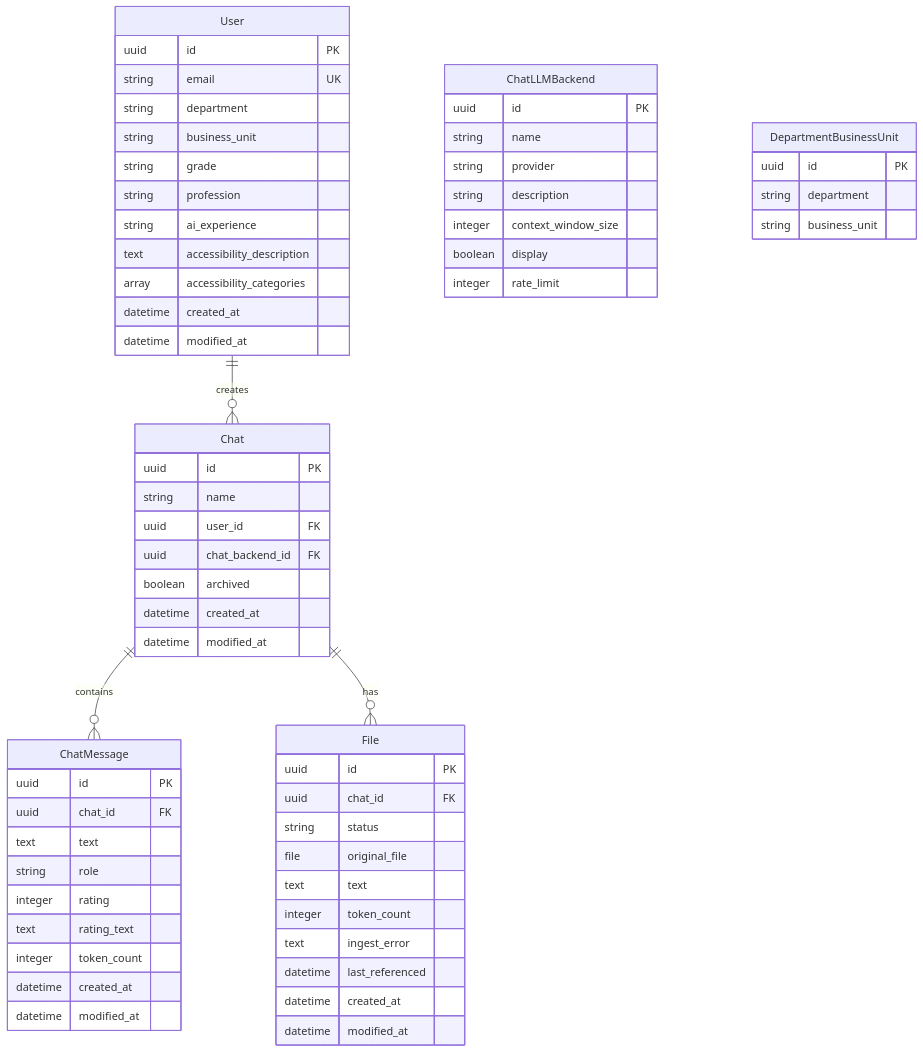
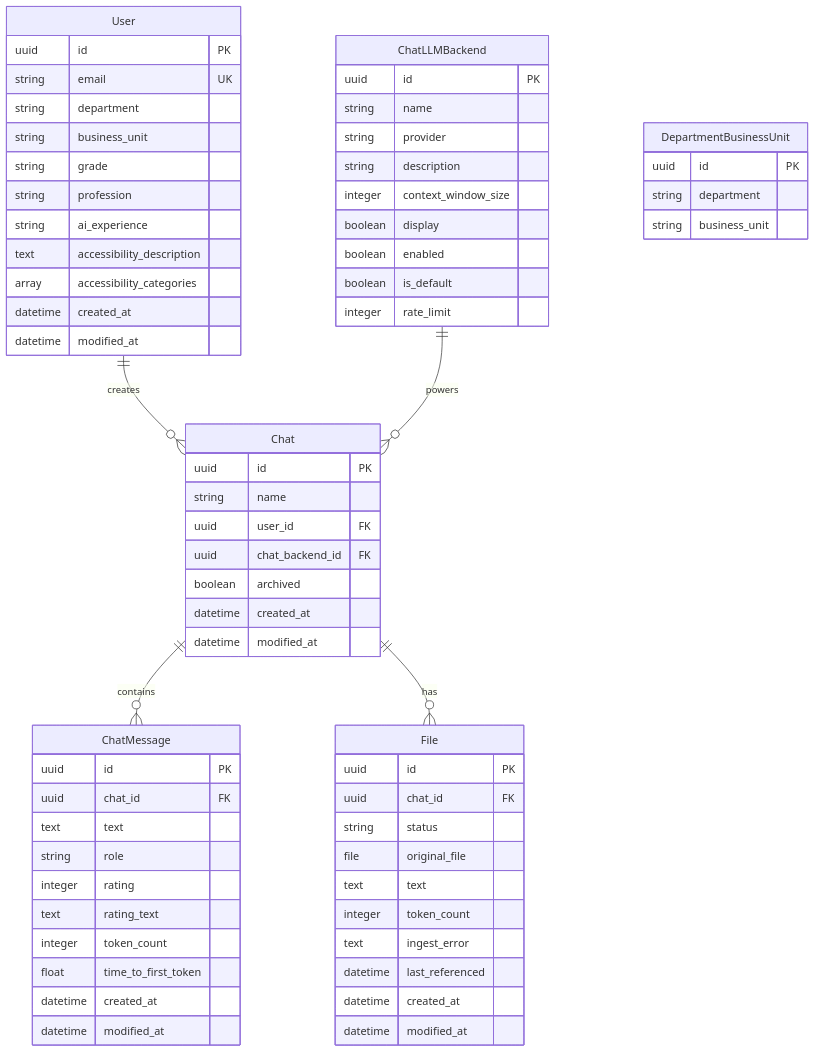
The sixth of 12 diagrams in knowledge-bank/django-app-service-audit.md (Blessan-Alex/redbox-v2), drawn with Mermaid before and after one commit.

Commit message:
fixing django app audit file diagram errors

````diff
--- a/knowledge-bank/django-app-service-audit.md
+++ b/knowledge-bank/django-app-service-audit.md
@@ -437,70 +437,74 @@
 ```mermaid
 erDiagram
-    User ||--o{ Chat : creates
+    User ||--o{ Chat : "creates"
     User {
         uuid id PK
         string email UK
         string department
         string business_unit
         string grade
         string profession
         string ai_experience
         text accessibility_description
         array accessibility_categories
         datetime created_at
         datetime modified_at
     }
     
-    Chat ||--o{ ChatMessage : contains
-    Chat ||--o{ File : has
+    Chat ||--o{ ChatMessage : "contains"
+    Chat ||--o{ File : "has"
+    ChatLLMBackend ||--o{ Chat : "powers"
     Chat {
         uuid id PK
         string name
         uuid user_id FK
         uuid chat_backend_id FK
         boolean archived
         datetime created_at
         datetime modified_at
     }
     
     ChatMessage {
         uuid id PK
         uuid chat_id FK
         text text
         string role
         integer rating
         text rating_text
         integer token_count
+        float time_to_first_token
         datetime created_at
         datetime modified_at
     }
     
     File {
         uuid id PK
         uuid chat_id FK
         string status
         file original_file
         text text
         integer token_count
         text ingest_error
         datetime last_referenced
         datetime created_at
         datetime modified_at
     }
     
     ChatLLMBackend {
         uuid id PK
         string name
         string provider
         string description
         integer context_window_size
         boolean display
+        boolean enabled
+        boolean is_default
         integer rate_limit
     }
     
     DepartmentBusinessUnit {
         uuid id PK
         string department
         string business_unit
     }
 ```
````
